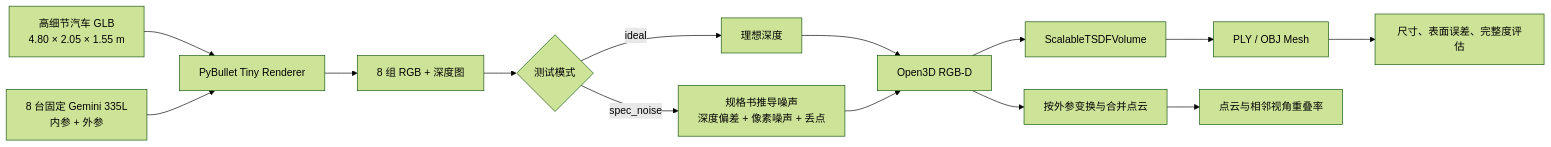
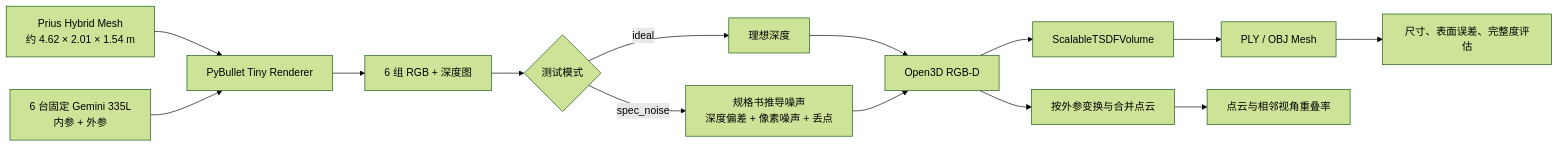
Before and after one commit to zqdbb/arm: the diagram in gemini335l_multicam_sim/README.md, drawn with Mermaid (forest theme). The commit also changed other lines of this file and 23 other files, not shown here.

````diff
--- a/gemini335l_multicam_sim/README.md
+++ b/gemini335l_multicam_sim/README.md
@@ -21,16 +21,16 @@
 ```mermaid
 flowchart LR
-    A[高细节汽车 GLB<br/>4.80 × 2.05 × 1.55 m] --> B[PyBullet Tiny Renderer]
-    C[8 台固定 Gemini 335L<br/>内参 + 外参] --> B
-    B --> D[8 组 RGB + 深度图]
+    A[Prius Hybrid Mesh<br/>约 4.62 × 2.01 × 1.54 m] --> B[PyBullet Tiny Renderer]
+    C[6 台固定 Gemini 335L<br/>内参 + 外参] --> B
+    B --> D[6 组 RGB + 深度图]
     D --> E{测试模式}
     E -->|ideal| F[理想深度]
     E -->|spec_noise| G[规格书推导噪声<br/>深度偏差 + 像素噪声 + 丢点]
     F --> H[Open3D RGB-D]
     G --> H
     H --> I[按外参变换与合并点云]
     H --> J[ScalableTSDFVolume]
     J --> K[PLY / OBJ Mesh]
     I --> L[点云与相邻视角重叠率]
     K --> M[尺寸、表面误差、完整度评估]
 ```
````
